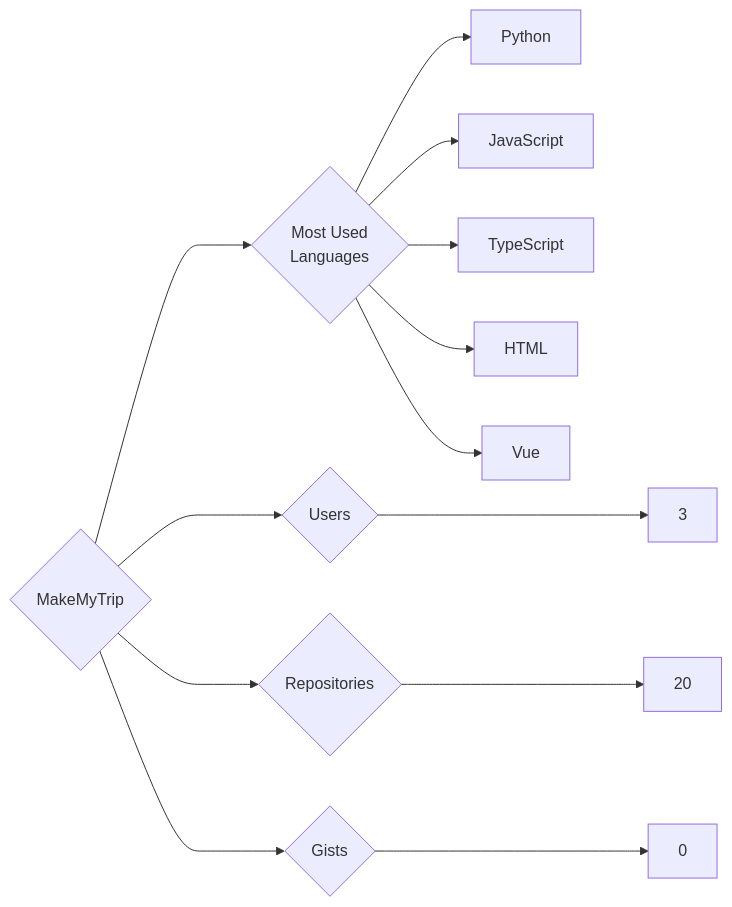
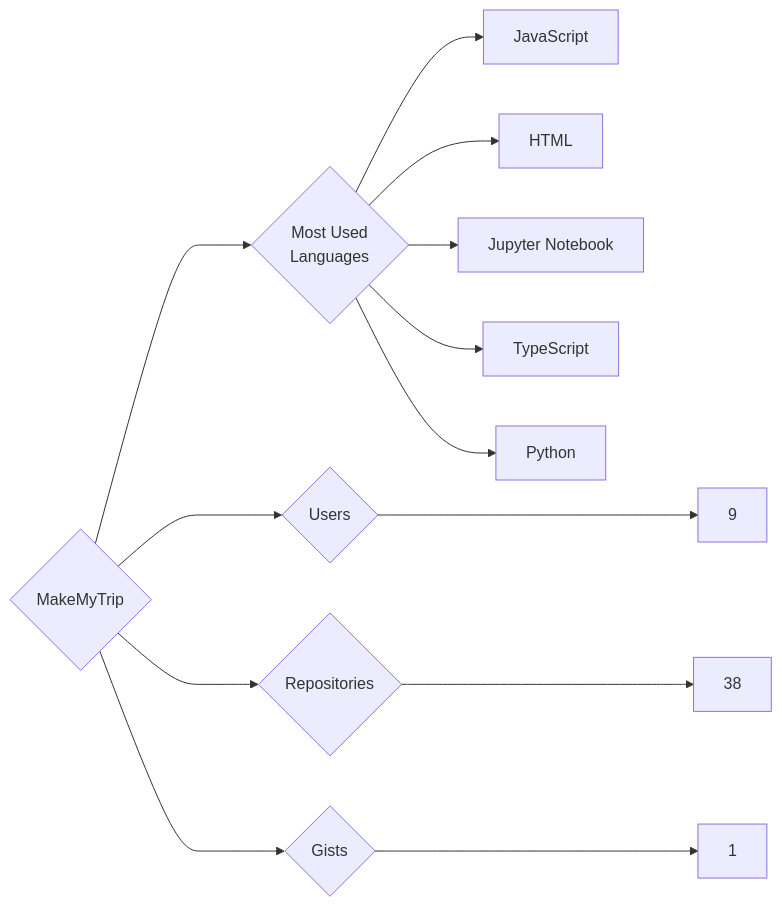
Before and after one commit to trickest/insiders: the diagram in targets/MakeMyTrip/README.md, drawn with Mermaid. The commit also changed 924 other files, not shown here.

````diff
--- a/targets/MakeMyTrip/README.md
+++ b/targets/MakeMyTrip/README.md
@@ -3,13 +3,13 @@
 ```mermaid
 graph LR
 COMPANY_NAME{MakeMyTrip}
-COMPANY_NAME ---> U{Users} ---> UN[3]
-COMPANY_NAME ---> R{Repositories} ---> RN[20]
-COMPANY_NAME ---> G{Gists} ---> GN[0]
+COMPANY_NAME ---> U{Users} ---> UN[9]
+COMPANY_NAME ---> R{Repositories} ---> RN[38]
+COMPANY_NAME ---> G{Gists} ---> GN[1]
 COMPANY_NAME ---> ML{Most Used<br>Languages}
+ML --> JavaScript[JavaScript]
+ML --> HTML[HTML]
+ML --> Jupyter_Notebook[Jupyter Notebook]
+ML --> TypeScript[TypeScript]
 ML --> Python[Python]
-ML --> JavaScript[JavaScript]
-ML --> TypeScript[TypeScript]
-ML --> HTML[HTML]
-ML --> Vue[Vue]
 ```
````
